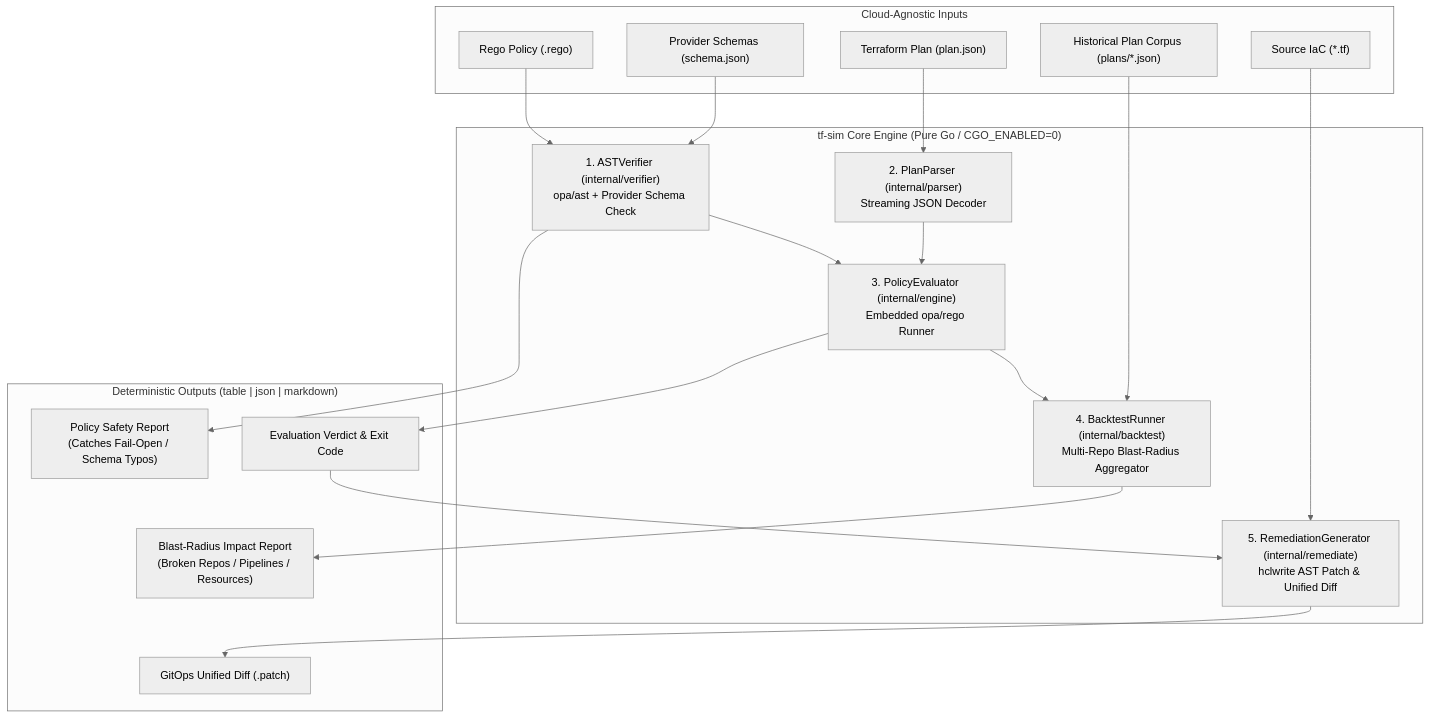
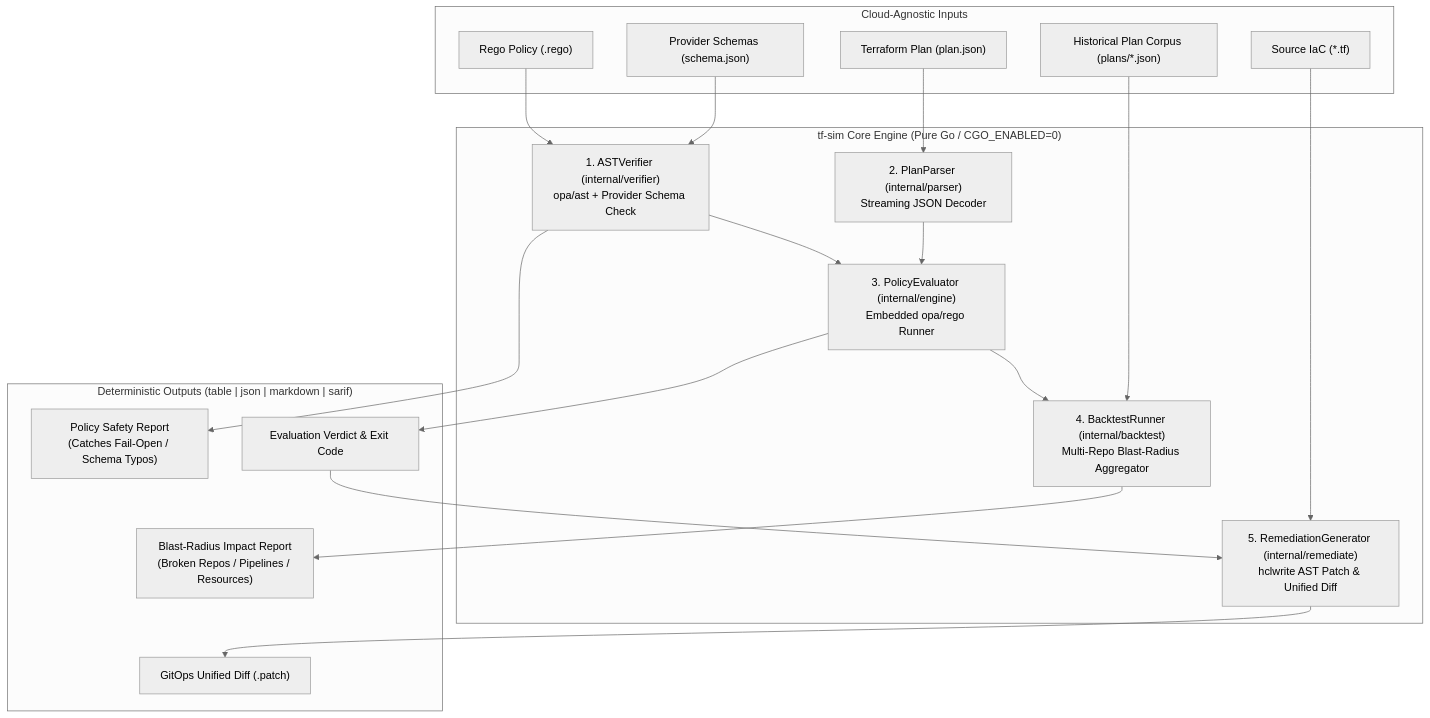
One commit to justr00t/tf-sim changed the diagram in README.md. Above: the diagram before and after it, drawn with Mermaid (neutral theme). The commit also changed other lines of this file and 7 other files, not shown here.

````diff
--- a/README.md
+++ b/README.md
@@ -33,42 +33,42 @@
 ```mermaid
 flowchart TD
     subgraph Inputs["Cloud-Agnostic Inputs"]
         Rego["Rego Policy (.rego)"]
         Schema["Provider Schemas (schema.json)"]
         Plan["Terraform Plan (plan.json)"]
         History["Historical Plan Corpus (plans/*.json)"]
         HCL["Source IaC (*.tf)"]
     end
 
     subgraph Core["tf-sim Core Engine (Pure Go / CGO_ENABLED=0)"]
         Verifier["1. ASTVerifier (internal/verifier)\nopa/ast + Provider Schema Check"]
         Parser["2. PlanParser (internal/parser)\nStreaming JSON Decoder"]
         Evaluator["3. PolicyEvaluator (internal/engine)\nEmbedded opa/rego Runner"]
         Backtester["4. BacktestRunner (internal/backtest)\nMulti-Repo Blast-Radius Aggregator"]
         Remediator["5. RemediationGenerator (internal/remediate)\nhclwrite AST Patch & Unified Diff"]
     end
 
-    subgraph Outputs["Deterministic Outputs (table | json | markdown)"]
+    subgraph Outputs["Deterministic Outputs (table | json | markdown | sarif)"]
         VerifyOut["Policy Safety Report\n(Catches Fail-Open / Schema Typos)"]
         EvalOut["Evaluation Verdict & Exit Code"]
         BlastOut["Blast-Radius Impact Report\n(Broken Repos / Pipelines / Resources)"]
         DiffOut["GitOps Unified Diff (.patch)"]
     end
 
     Rego --> Verifier
     Schema --> Verifier
     Verifier --> VerifyOut
     Verifier --> Evaluator
 
     Plan --> Parser
     Parser --> Evaluator
     Evaluator --> EvalOut
 
     History --> Backtester
     Evaluator --> Backtester
     Backtester --> BlastOut
 
     EvalOut --> Remediator
     HCL --> Remediator
     Remediator --> DiffOut
 ```
````
